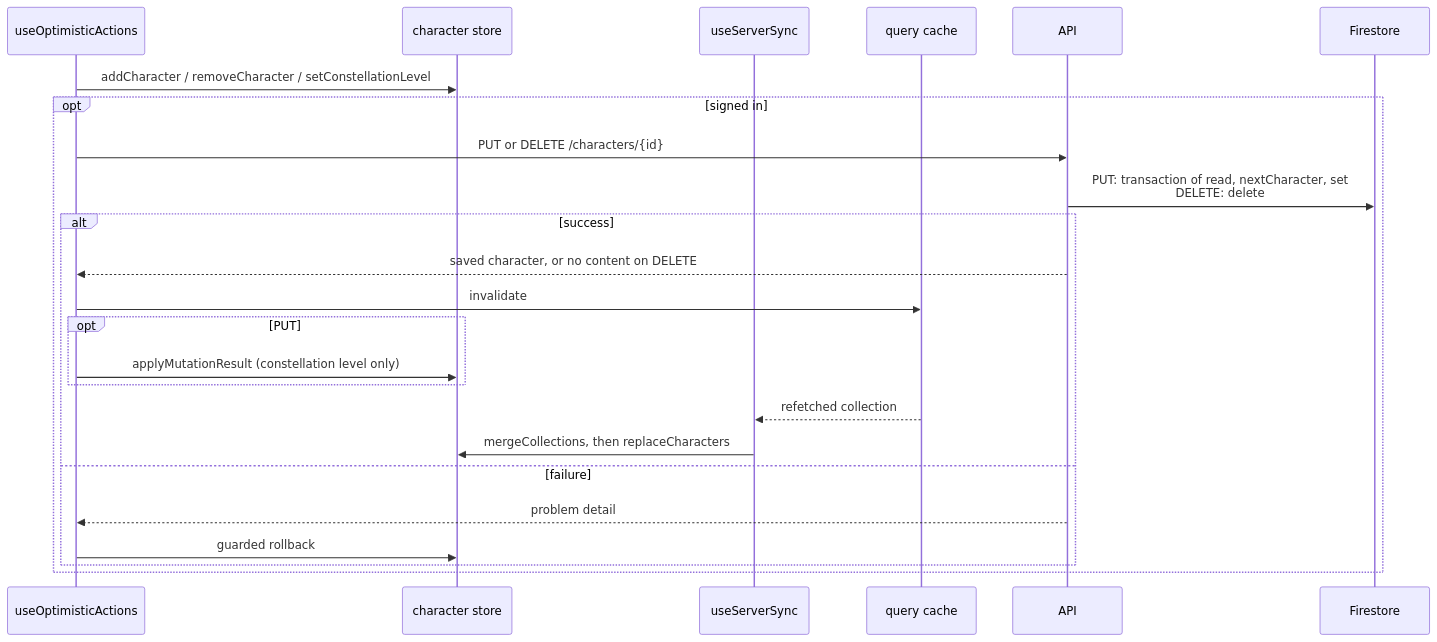
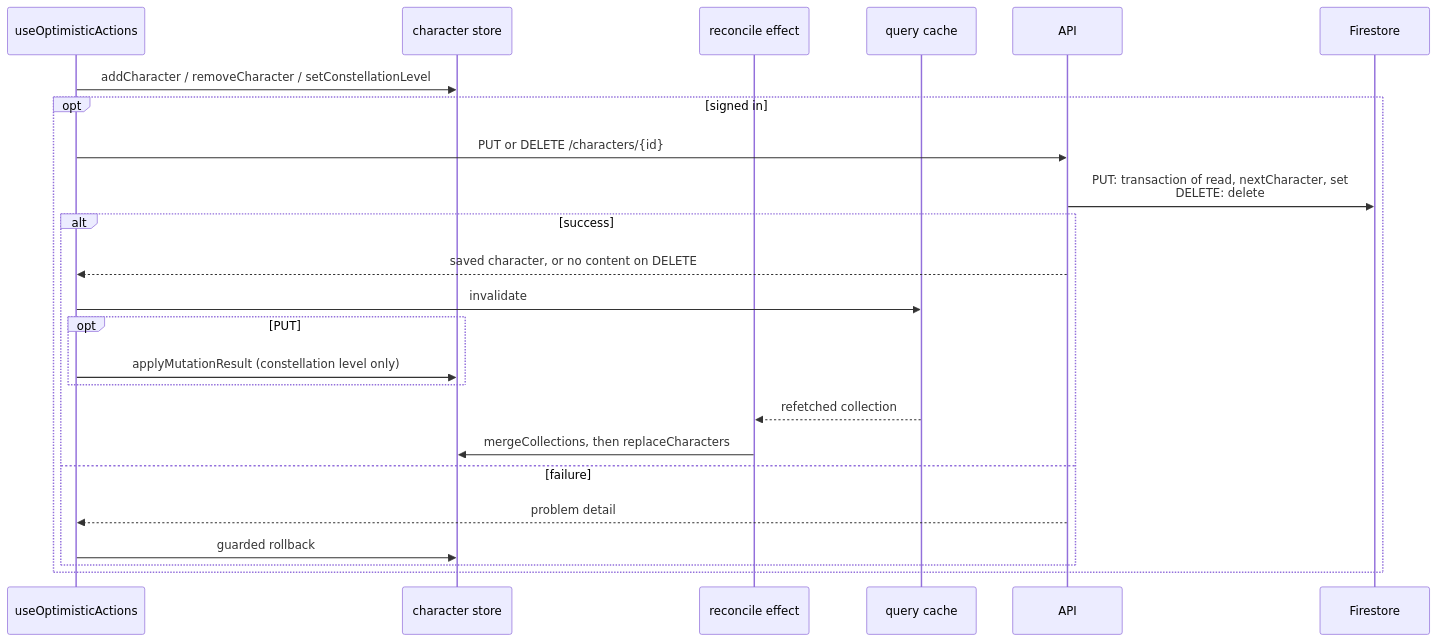
Before and after one commit to dungeon-studio/genshin.dungeon.studio: the first of 4 diagrams in docs/reference/data-flow-write-paths.md, drawn with Mermaid. The commit also changed other lines of this file and 2 other files, not shown here.

First line of the commit message:
docs: draw the reconcile effect as a participant everywhere

````diff
--- a/docs/reference/data-flow-write-paths.md
+++ b/docs/reference/data-flow-write-paths.md
@@ -39,27 +37,27 @@
 ```mermaid
 sequenceDiagram
   participant Hook as useOptimisticActions
   participant Store as character store
-  participant Reconcile as useServerSync
+  participant Reconcile as reconcile effect
   participant Cache as query cache
   participant API as API
   participant FS as Firestore
 
   Hook->>Store: addCharacter / removeCharacter / setConstellationLevel
   opt signed in
     Hook->>API: PUT or DELETE /characters/{id}
     API->>FS: PUT: transaction of read, nextCharacter, set<br>DELETE: delete
     alt success
       API-->>Hook: saved character, or no content on DELETE
       Hook->>Cache: invalidate
       opt PUT
         Hook->>Store: applyMutationResult (constellation level only)
       end
       Cache-->>Reconcile: refetched collection
       Reconcile->>Store: mergeCollections, then replaceCharacters
     else failure
       API-->>Hook: problem detail
       Hook->>Store: guarded rollback
     end
   end
 ```
````
